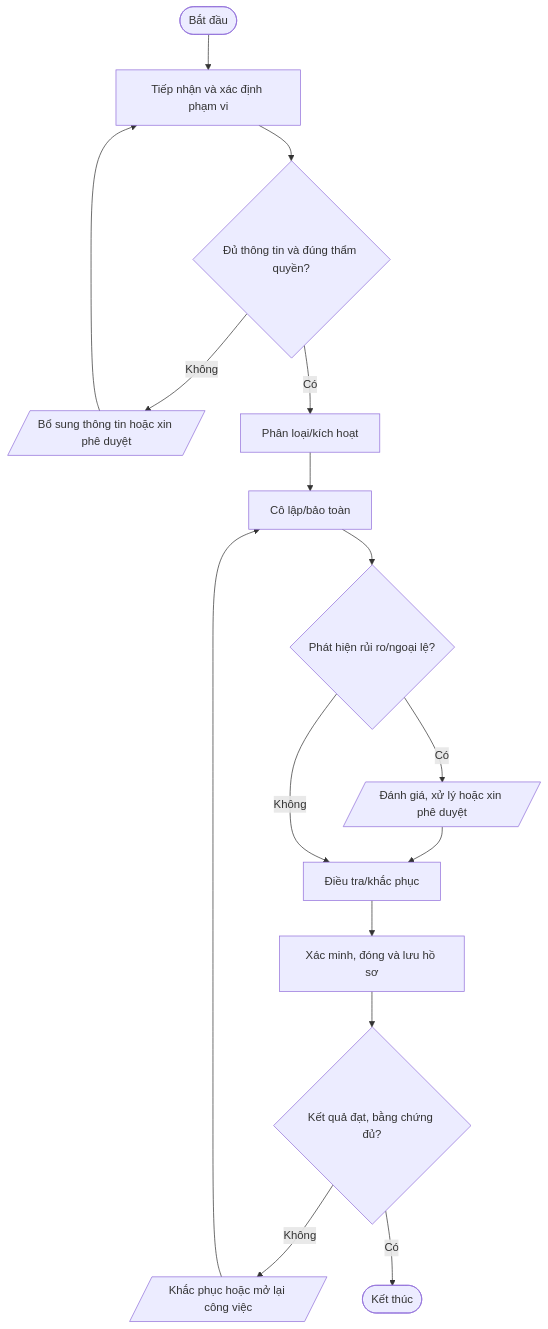
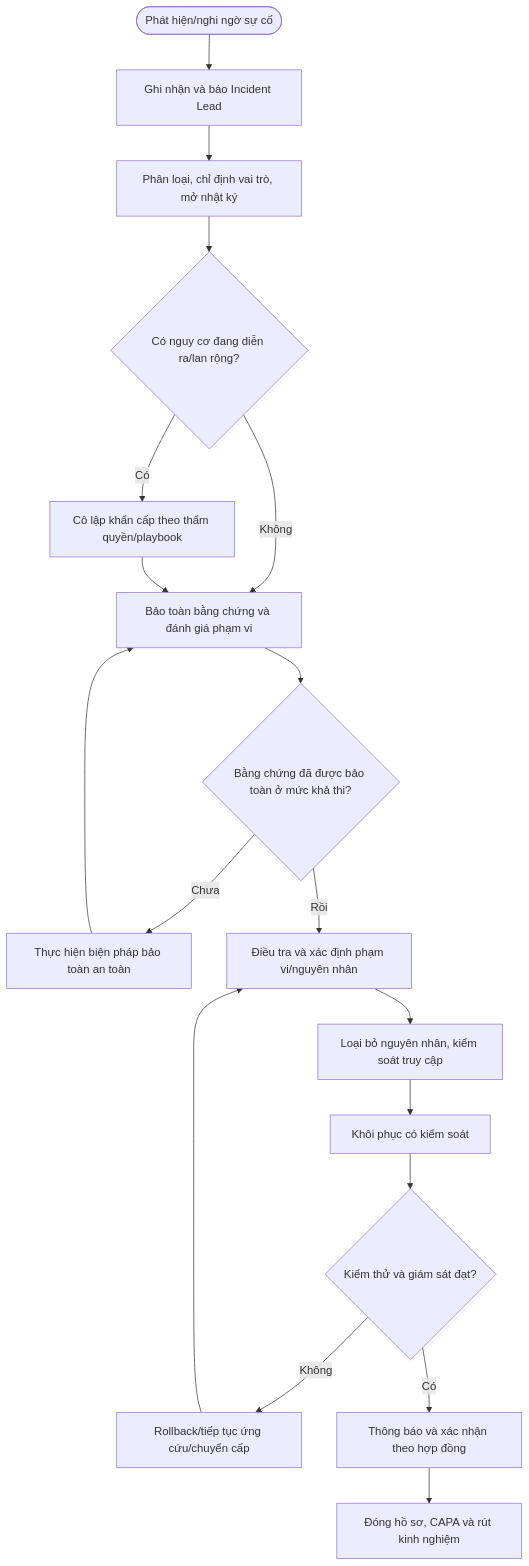
One commit to daoaigiangnam/Quy_Trinh_Chuan changed the diagram in quy-trinh/chi-tiet/QT-ATTT-04.md. Above: the diagram before and after it, drawn with Mermaid. The commit also changed other lines of this file, not shown here.

Commit message:
Cập nhật nội dung chi tiết QT-ATTT-04.md lên main

````diff
--- a/quy-trinh/chi-tiet/QT-ATTT-04.md
+++ b/quy-trinh/chi-tiet/QT-ATTT-04.md
@@ -31,18 +248,20 @@
 ```mermaid
 flowchart TD
-  A([Bắt đầu]) --> S1["Tiếp nhận và xác định phạm vi"]
-  S1 --> D1{"Đủ thông tin và đúng thẩm quyền?"}
-  D1 -- Không --> F1[/"Bổ sung thông tin hoặc xin phê duyệt"/]
-  F1 --> S1
-  D1 -- Có --> S2["Phân loại/kích hoạt"]
-  S2 --> S3["Cô lập/bảo toàn"]
-  S3 --> D2{"Phát hiện rủi ro/ngoại lệ?"}
-  D2 -- Có --> RISK[/"Đánh giá, xử lý hoặc xin phê duyệt"/]
-  RISK --> S4["Điều tra/khắc phục"]
-  D2 -- Không --> S4
-  S4 --> S5["Xác minh, đóng và lưu hồ sơ"]
-  S5 --> D3{"Kết quả đạt, bằng chứng đủ?"}
-  D3 -- Không --> R[/"Khắc phục hoặc mở lại công việc"/]
-  R --> S3
-  D3 -- Có --> Z([Kết thúc])
+  A([Phát hiện/nghi ngờ sự cố]) --> B[Ghi nhận và báo Incident Lead]
+  B --> C[Phân loại, chỉ định vai trò, mở nhật ký]
+  C --> D{Có nguy cơ đang diễn ra/lan rộng?}
+  D -- Có --> E[Cô lập khẩn cấp theo thẩm quyền/playbook]
+  D -- Không --> F[Bảo toàn bằng chứng và đánh giá phạm vi]
+  E --> F
+  F --> G{Bằng chứng đã được bảo toàn ở mức khả thi?}
+  G -- Chưa --> H[Thực hiện biện pháp bảo toàn an toàn]
+  H --> F
+  G -- Rồi --> I[Điều tra và xác định phạm vi/nguyên nhân]
+  I --> J[Loại bỏ nguyên nhân, kiểm soát truy cập]
+  J --> K[Khôi phục có kiểm soát]
+  K --> L{Kiểm thử và giám sát đạt?}
+  L -- Không --> M[Rollback/tiếp tục ứng cứu/chuyển cấp]
+  M --> I
+  L -- Có --> N[Thông báo và xác nhận theo hợp đồng]
+  N --> O[Đóng hồ sơ, CAPA và rút kinh nghiệm]
 ```
````
